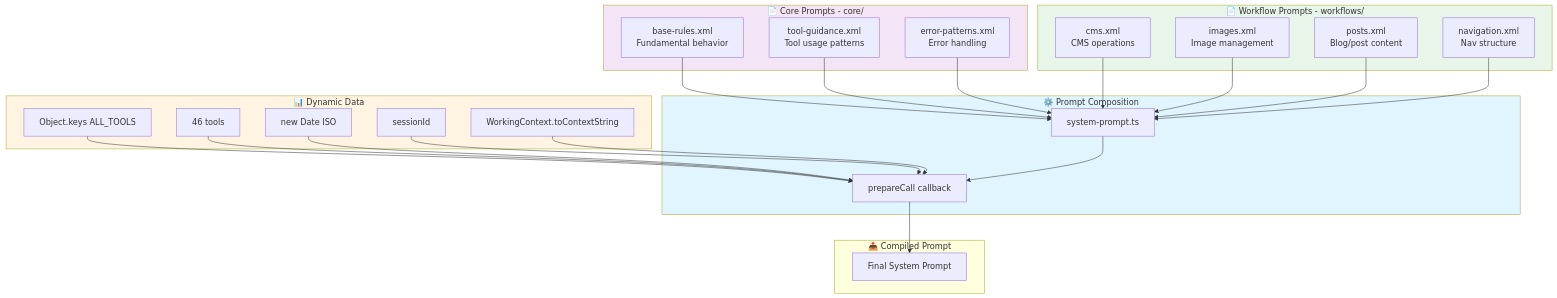
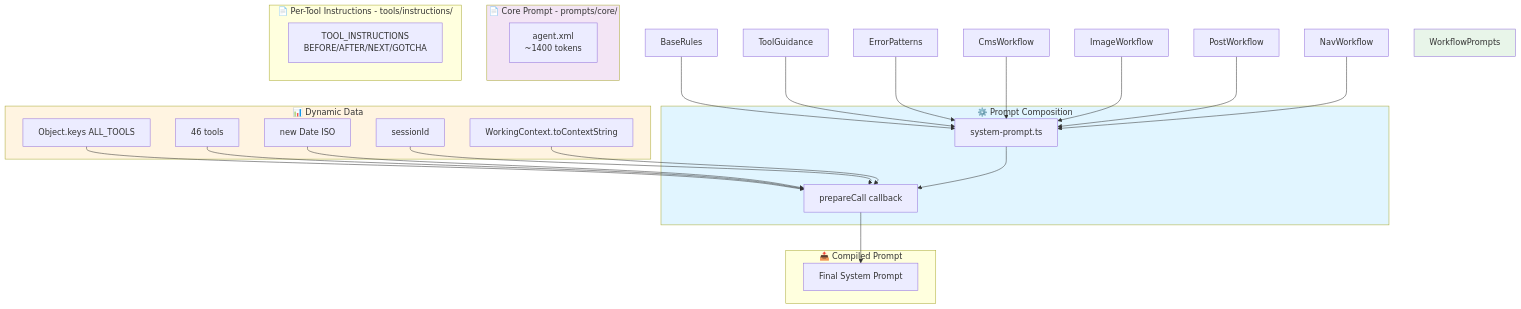
The fifth of 10 diagrams in docs/architecture/AGENT_SYSTEM_DIAGRAM.md (gabros20/react-agent-prototype), drawn with Mermaid before and after one commit. The commit also changed other lines of this file and 26 other files, not shown here.

First line of the commit message:
fix: agent verification workflow and concise follow-up responses

````diff
--- a/docs/architecture/AGENT_SYSTEM_DIAGRAM.md
+++ b/docs/architecture/AGENT_SYSTEM_DIAGRAM.md
@@ -526,54 +526,49 @@
 ```mermaid
 flowchart TB
-    subgraph CorePrompts["📄 Core Prompts - core/"]
-        BaseRules[base-rules.xml<br/>Fundamental behavior]
-        ToolGuidance[tool-guidance.xml<br/>Tool usage patterns]
-        ErrorPatterns[error-patterns.xml<br/>Error handling]
+    subgraph CorePrompts["📄 Core Prompt - prompts/core/"]
+        AgentXml[agent.xml<br/>~1400 tokens]
     end
 
-    subgraph WorkflowPrompts["📄 Workflow Prompts - workflows/"]
-        CmsWorkflow[cms.xml<br/>CMS operations]
-        ImageWorkflow[images.xml<br/>Image management]
-        PostWorkflow[posts.xml<br/>Blog/post content]
-        NavWorkflow[navigation.xml<br/>Nav structure]
+    subgraph PerToolInstructions["📄 Per-Tool Instructions - tools/instructions/"]
+        ToolInstructions[TOOL_INSTRUCTIONS<br/>BEFORE/AFTER/NEXT/GOTCHA]
     end
 
     subgraph DynamicData["📊 Dynamic Data"]
         ToolsList[Object.keys ALL_TOOLS]
         ToolCount[46 tools]
         CurrentDate[new Date ISO]
         SessionIdVal[sessionId]
         WorkingMem[WorkingContext.toContextString]
     end
 
     subgraph Composition["⚙️ Prompt Composition"]
         SystemPromptTS[system-prompt.ts]
         PrepareCall[prepareCall callback]
     end
 
     subgraph Output["📤 Compiled Prompt"]
         Final[Final System Prompt]
     end
 
     BaseRules --> SystemPromptTS
     ToolGuidance --> SystemPromptTS
     ErrorPatterns --> SystemPromptTS
     CmsWorkflow --> SystemPromptTS
     ImageWorkflow --> SystemPromptTS
     PostWorkflow --> SystemPromptTS
     NavWorkflow --> SystemPromptTS
 
     ToolsList --> PrepareCall
     ToolCount --> PrepareCall
     CurrentDate --> PrepareCall
     SessionIdVal --> PrepareCall
     WorkingMem --> PrepareCall
 
     SystemPromptTS --> PrepareCall
     PrepareCall --> Final
 
     style CorePrompts fill:#f3e5f5
     style WorkflowPrompts fill:#e8f5e9
     style DynamicData fill:#fff4e1
     style Composition fill:#e1f5ff
 ```
````
